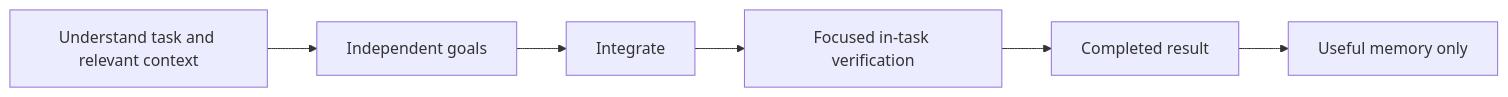
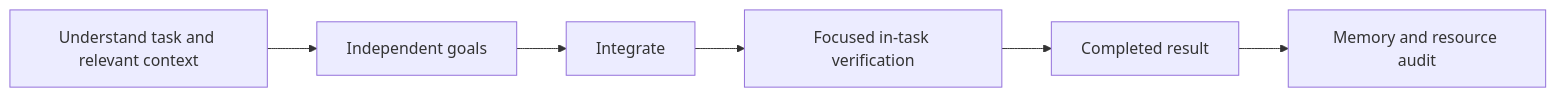
The diagram in workflow-skill/references/start-diagram-template.md (qinbatista/qin-codex-skills), drawn with Mermaid before and after one commit. The commit also changed 36 other files, not shown here.

Commit message:
Add parallel Ending resource audit and preserve review resources

````diff
--- a/workflow-skill/references/start-diagram-template.md
+++ b/workflow-skill/references/start-diagram-template.md
@@ -5,8 +5,8 @@
 ```mermaid
 flowchart LR
   A[Understand task and relevant context] --> B[Independent goals]
   B --> C[Integrate]
   C --> D[Focused in-task verification]
   D --> E[Completed result]
-  E --> F[Useful memory only]
+  E --> F[Memory and resource audit]
 ```
````
